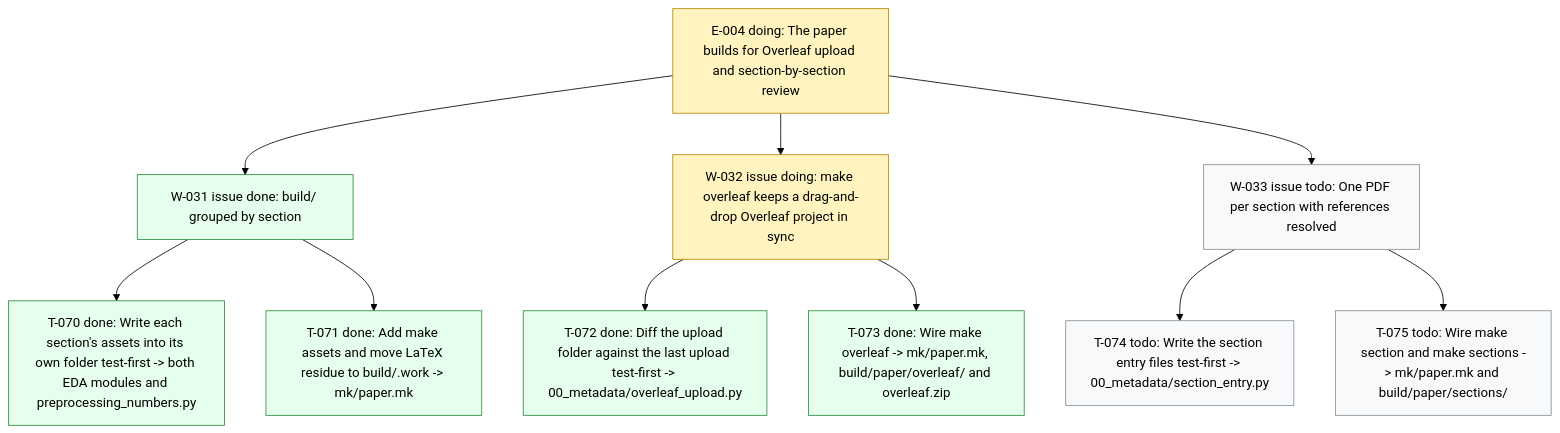
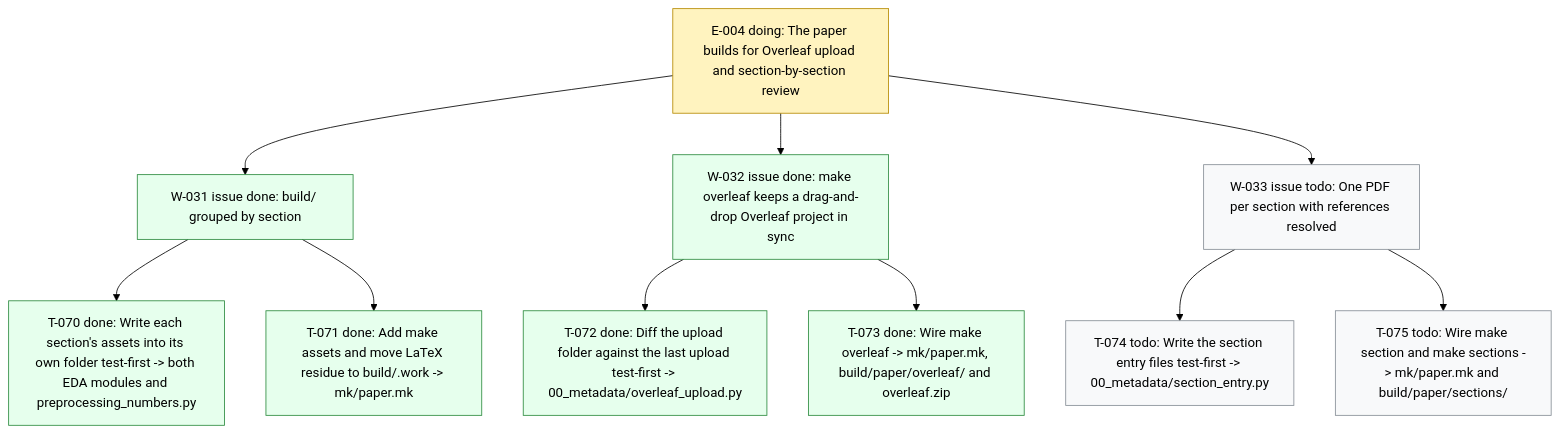
The diagram in .board/BOARD.md (dpopchev/surrogate-models), drawn with Mermaid (forest theme) before and after one commit. The commit also changed other lines of this file and 1 other file, not shown here.

Commit message:
chore: close W-032 on the board
Refs: W-032

````diff
--- a/.board/BOARD.md
+++ b/.board/BOARD.md
@@ -216,21 +216,21 @@
 ```mermaid
 flowchart TD
   E004["E-004 doing: The paper builds for Overleaf upload and section-by-section review"]
   E004 --> W031["W-031 issue done: build/ grouped by section"]
   W031 --> T070["T-070 done: Write each section's assets into its own folder test-first -> both EDA modules and preprocessing_numbers.py"]
   W031 --> T071["T-071 done: Add make assets and move LaTeX residue to build/.work -> mk/paper.mk"]
-  E004 --> W032["W-032 issue doing: make overleaf keeps a drag-and-drop Overleaf project in sync"]
+  E004 --> W032["W-032 issue done: make overleaf keeps a drag-and-drop Overleaf project in sync"]
   W032 --> T072["T-072 done: Diff the upload folder against the last upload test-first -> 00_metadata/overleaf_upload.py"]
   W032 --> T073["T-073 done: Wire make overleaf -> mk/paper.mk, build/paper/overleaf/ and overleaf.zip"]
   E004 --> W033["W-033 issue todo: One PDF per section with references resolved"]
   W033 --> T074["T-074 todo: Write the section entry files test-first -> 00_metadata/section_entry.py"]
   W033 --> T075["T-075 todo: Wire make section and make sections -> mk/paper.mk and build/paper/sections/"]
   classDef doing fill:#fff3bf,stroke:#b58900,color:#000;
   classDef blocked fill:#ffe3e3,stroke:#c92a2a,color:#000;
   classDef done fill:#e6ffed,stroke:#2b8a3e,color:#000;
   classDef todo fill:#f8f9fa,stroke:#868e96,color:#000;
   classDef pruned fill:#f1f3f5,stroke:#adb5bd,color:#000;
-  class E004,W032 doing
-  class W031,T070,T071,T072,T073 done
+  class E004 doing
+  class W031,T070,T071,W032,T072,T073 done
   class W033,T074,T075 todo
 ```
````
